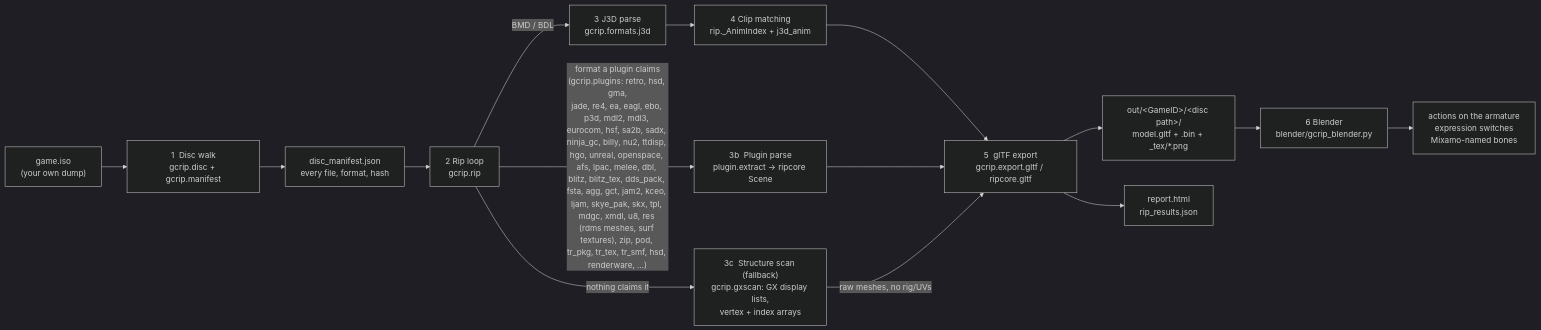
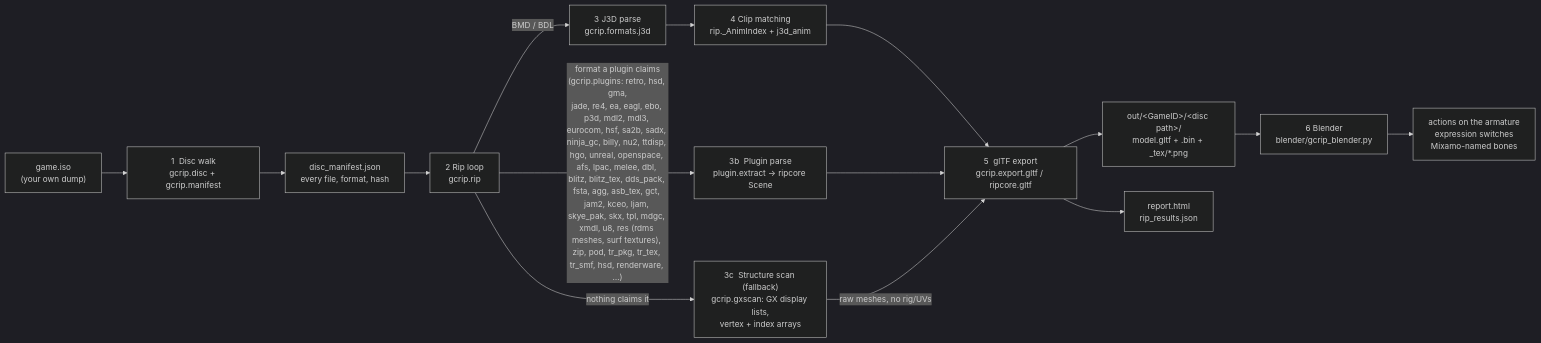
The first of 9 diagrams in docs/PIPELINE.md (Felbs/3d-ripper-9000), drawn with Mermaid (dark theme) before and after one commit. The commit also changed 6 other files, not shown here.

````diff
--- a/docs/PIPELINE.md
+++ b/docs/PIPELINE.md
@@ -11,17 +11,17 @@
 ```mermaid
 flowchart LR
     ISO["game.iso<br/>(your own dump)"] --> WALK["1  Disc walk<br/>gcrip.disc + gcrip.manifest"]
     WALK --> MAN["disc_manifest.json<br/>every file, format, hash"]
     MAN --> RIP["2  Rip loop<br/>gcrip.rip"]
     RIP -->|"BMD / BDL"| J3D["3  J3D parse<br/>gcrip.formats.j3d"]
-    RIP -->|"format a plugin claims<br/>(gcrip.plugins: retro, hsd, gma,<br/>jade, re4, ea, eagl, ebo, p3d, mdl2, mdl3, eurocom, hsf, sa2b, sadx, ninja_gc, billy, nu2, ttdisp, hgo, unreal, openspace, afs, lpac, melee, dbl, blitz, blitz_tex, dds_pack, fsta, agg, gct, jam2, kceo, ljam, skye_pak, skx, tpl, mdgc, xmdl, u8, res (rdms meshes, surf textures), zip, pod, tr_pkg, tr_tex, tr_smf, hsd, renderware, …)"| PLUG["3b  Plugin parse<br/>plugin.extract → ripcore Scene"]
+    RIP -->|"format a plugin claims<br/>(gcrip.plugins: retro, hsd, gma,<br/>jade, re4, ea, eagl, ebo, p3d, mdl2, mdl3, eurocom, hsf, sa2b, sadx, ninja_gc, billy, nu2, ttdisp, hgo, unreal, openspace, afs, lpac, melee, dbl, blitz, blitz_tex, dds_pack, fsta, agg, asb_tex, gct, jam2, kceo, ljam, skye_pak, skx, tpl, mdgc, xmdl, u8, res (rdms meshes, surf textures), zip, pod, tr_pkg, tr_tex, tr_smf, hsd, renderware, …)"| PLUG["3b  Plugin parse<br/>plugin.extract → ripcore Scene"]
     RIP -->|"nothing claims it"| GX["3c  Structure scan (fallback)<br/>gcrip.gxscan: GX display lists,<br/>vertex + index arrays"]
     J3D --> ANIM["4  Clip matching<br/>rip._AnimIndex + j3d_anim"]
     ANIM --> GLTF["5  glTF export<br/>gcrip.export.gltf / ripcore.gltf"]
     PLUG --> GLTF
     GX -->|"raw meshes, no rig/UVs"| GLTF
     GLTF --> OUT["out/&lt;GameID&gt;/&lt;disc path&gt;/<br/>model.gltf + .bin + _tex/*.png"]
     GLTF --> REP["report.html<br/>rip_results.json"]
     OUT --> BL["6  Blender<br/>blender/gcrip_blender.py"]
     BL --> PLAY["actions on the armature<br/>expression switches<br/>Mixamo-named bones"]
 ```
````
